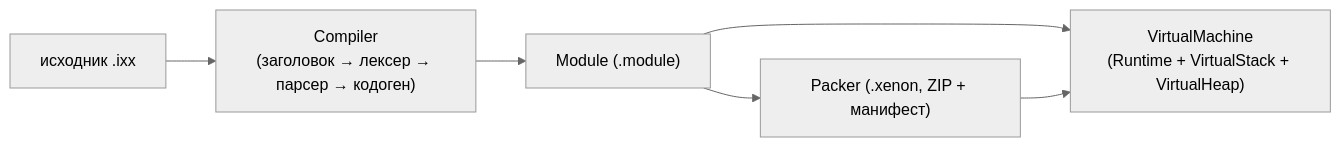
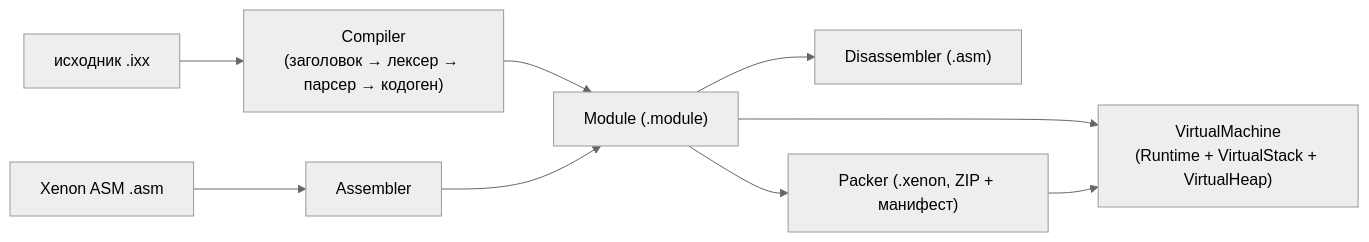
The diagram in README.md (ToshiNamura/XenonCLI), drawn with Mermaid (neutral theme) before and after one commit. The commit also changed other lines of this file and 65 other files, not shown here.

First line of the commit message:
refactor: unify the code/data model on Xenon ASM (#7)

````diff
--- a/README.md
+++ b/README.md
@@ -10,8 +10,11 @@
 ```mermaid
 flowchart LR
     SRC["исходник .ixx"] --> COMP["Compiler<br/>(заголовок → лексер → парсер → кодоген)"]
+    ASM["Xenon ASM .asm"] --> ASMB["Assembler"]
     COMP --> MOD["Module (.module)"]
+    ASMB --> MOD
     MOD --> VM["VirtualMachine<br/>(Runtime + VirtualStack + VirtualHeap)"]
+    MOD --> DIS["Disassembler (.asm)"]
     MOD --> PACK["Packer (.xenon, ZIP + манифест)"]
     PACK --> VM
 ```
````
